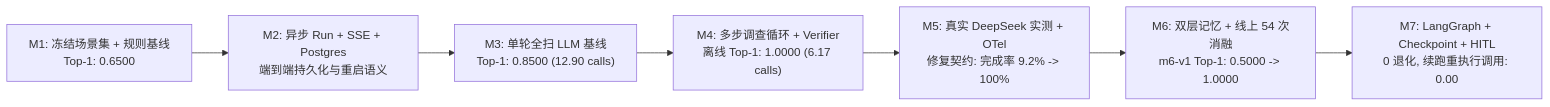
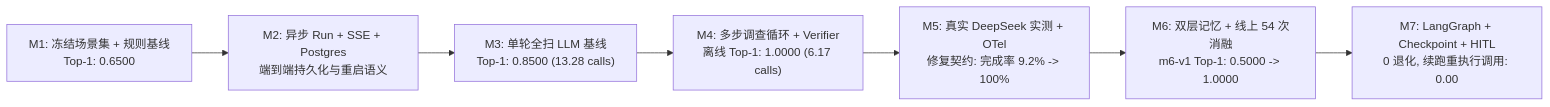
One commit to kayzenline/AI-Autonomous-Incident-Diagnosis-Platform changed the diagram in docs/blog-m1-to-m7.md. Above: the diagram before and after it, drawn with Mermaid. The commit also changed other lines of this file and 7 other files, not shown here.

````diff
--- a/docs/blog-m1-to-m7.md
+++ b/docs/blog-m1-to-m7.md
@@ -34,9 +34,9 @@
 ```mermaid
 flowchart LR
     M1["M1: 冻结场景集 + 规则基线<br/>Top-1: 0.6500"] --> M2["M2: 异步 Run + SSE + Postgres<br/>端到端持久化与重启语义"]
-    M2 --> M3["M3: 单轮全扫 LLM 基线<br/>Top-1: 0.8500 (12.90 calls)"]
+    M2 --> M3["M3: 单轮全扫 LLM 基线<br/>Top-1: 0.8500 (13.28 calls)"]
     M3 --> M4["M4: 多步调查循环 + Verifier<br/>离线 Top-1: 1.0000 (6.17 calls)"]
     M4 --> M5["M5: 真实 DeepSeek 实测 + OTel<br/>修复契约: 完成率 9.2% -> 100%"]
     M5 --> M6["M6: 双层记忆 + 线上 54 次消融<br/>m6-v1 Top-1: 0.5000 -> 1.0000"]
     M6 --> M7["M7: LangGraph + Checkpoint + HITL<br/>0 退化, 续跑重执行调用: 0.00"]
 ```
````
